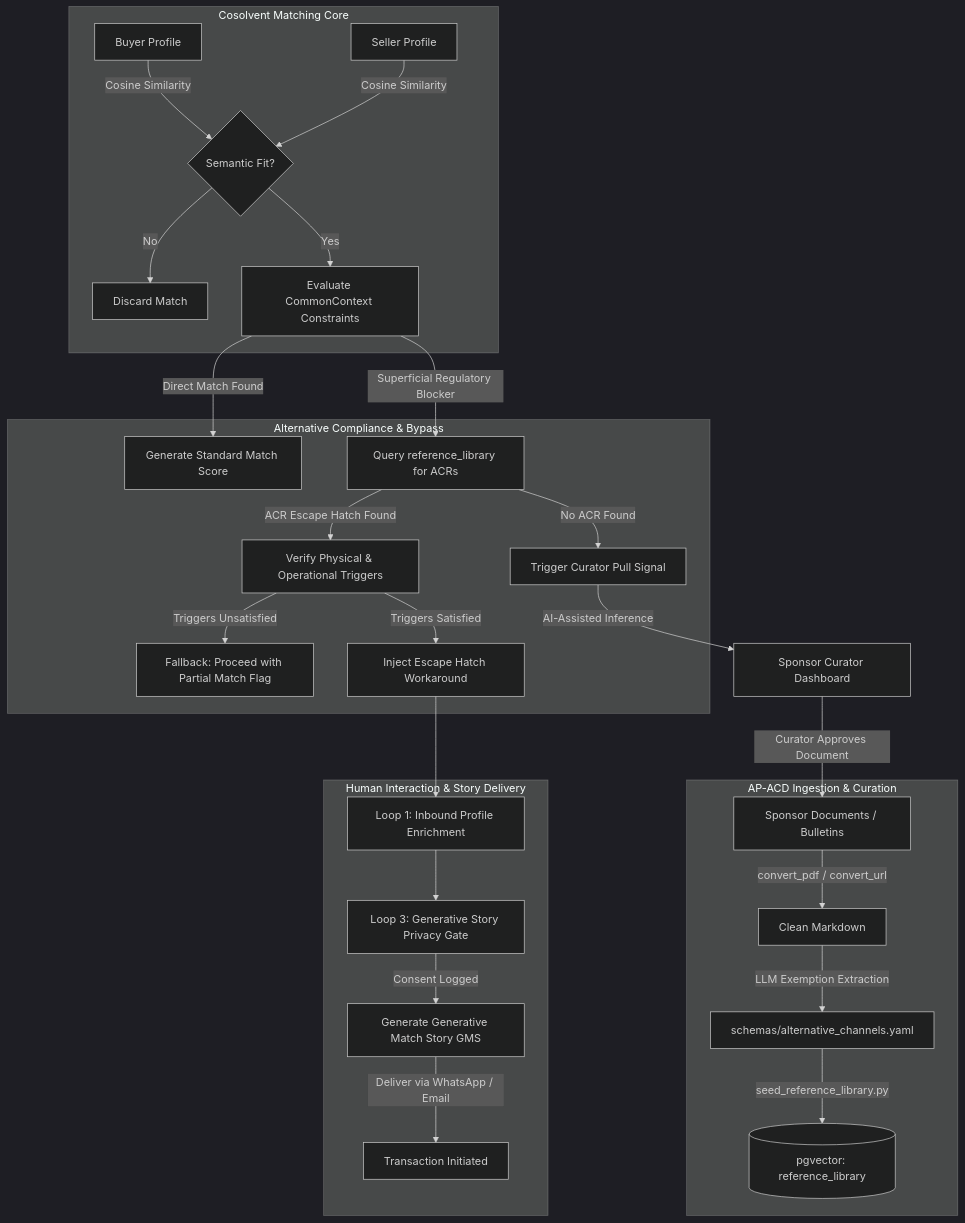
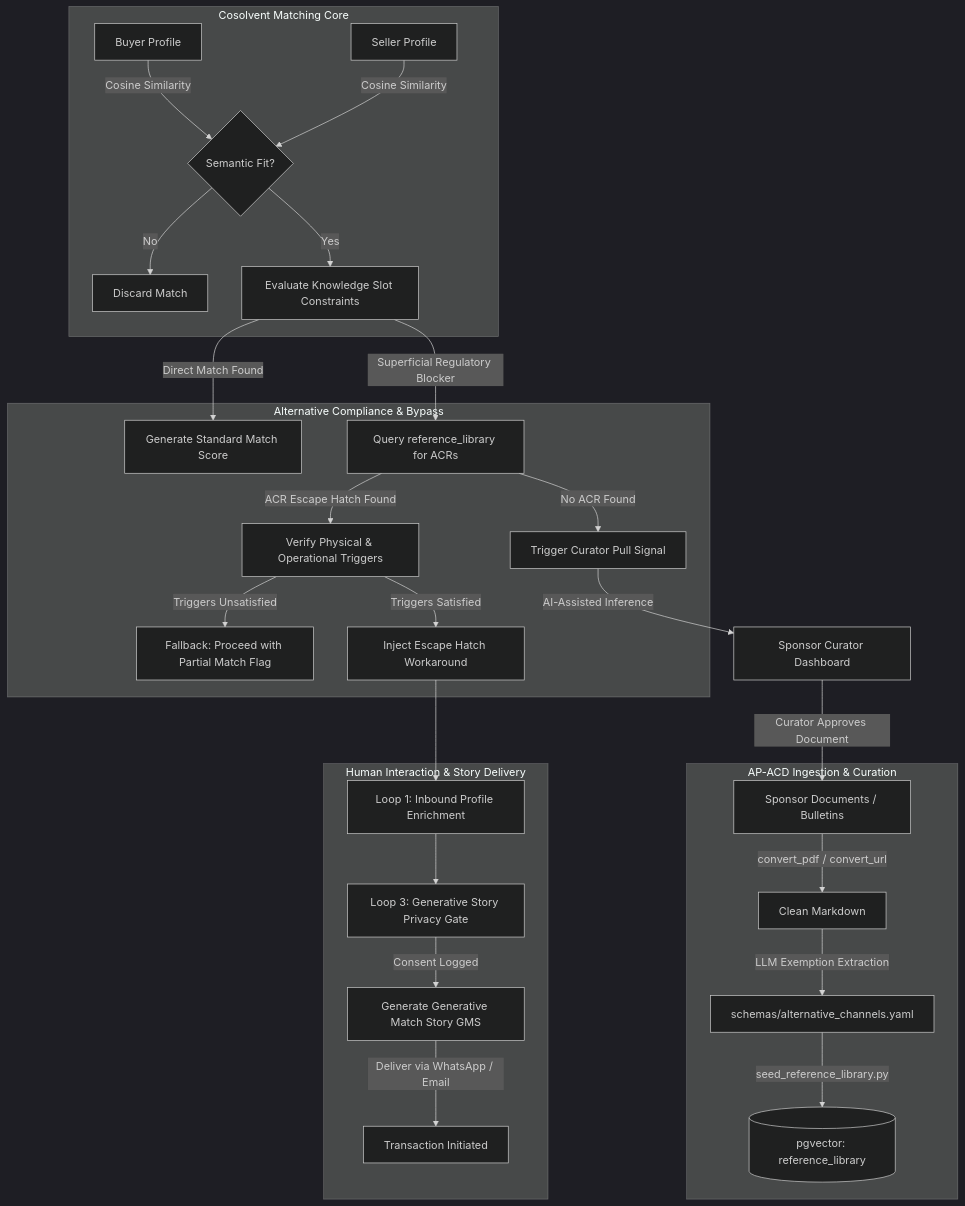
One commit to DeeperPoint/CommonContext changed the diagram in docs/DECISION-006-integrated-matching-and-alternative-discovery.md. Above: the diagram before and after it, drawn with Mermaid (dark theme). The commit also changed other lines of this file and 13 other files, not shown here.

Commit message:
refactor: rename Knowledge Slot references to CommonContext across the project

````diff
--- a/docs/DECISION-006-integrated-matching-and-alternative-discovery.md
+++ b/docs/DECISION-006-integrated-matching-and-alternative-discovery.md
@@ -116,40 +116,40 @@
 ```mermaid
 flowchart TD
     %% Ingestion and Crawling
     subgraph Ingestion_Pipeline [AP-ACD Ingestion & Curation]
         A[Sponsor Documents / Bulletins] -->|convert_pdf / convert_url| B[Clean Markdown]
         B -->|LLM Exemption Extraction| C[schemas/alternative_channels.yaml]
         C -->|seed_reference_library.py| D[(pgvector: reference_library)]
     end
 
     %% Match Request Flow
     subgraph Matching_Engine [Cosolvent Matching Core]
         E[Buyer Profile] & F[Seller Profile] -->|Cosine Similarity| G{Semantic Fit?}
         G -->|No| H[Discard Match]
-        G -->|Yes| I[Evaluate CommonContext Constraints]
+        G -->|Yes| I[Evaluate Knowledge Slot Constraints]
     end
 
     %% Constraint & Escape Hatch Decision
     subgraph ACD_Bypass [Alternative Compliance & Bypass]
         I -->|Direct Match Found| J[Generate Standard Match Score]
         I -->|Superficial Regulatory Blocker| K[Query reference_library for ACRs]
         
         K -->|No ACR Found| L[Trigger Curator Pull Signal]
         K -->|ACR Escape Hatch Found| M[Verify Physical & Operational Triggers]
         
         M -->|Triggers Unsatisfied| N[Fallback: Proceed with Partial Match Flag]
         M -->|Triggers Satisfied| O[Inject Escape Hatch Workaround]
     end
 
     %% Human Feedback & Story Generation
     subgraph Engagement [Human Interaction & Story Delivery]
         O --> P[Loop 1: Inbound Profile Enrichment]
         P --> Q[Loop 3: Generative Story Privacy Gate]
         Q -->|Consent Logged| R[Generate Generative Match Story GMS]
         R -->|Deliver via WhatsApp / Email| S[Transaction Initiated]
     end
 
     %% Pull Loop Integration
     L -->|AI-Assisted Inference| T[Sponsor Curator Dashboard]
     T -->|Curator Approves Document| A
 ```
````
